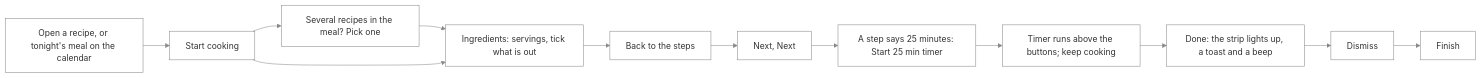
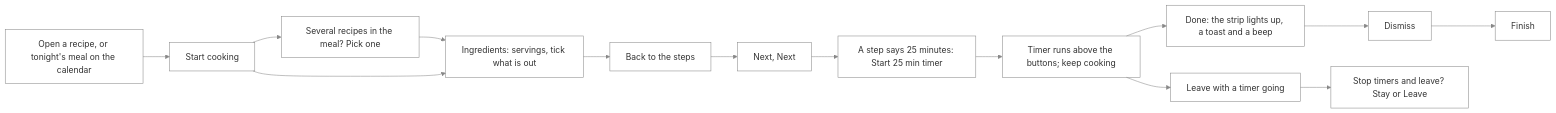
Diagram 40 of 44 in src/apps/pinch/UX.md (NovaMoonX/moondreams-dev-apps), drawn with Mermaid before and after one commit. The commit also changed other lines of this file and 4 other files, not shown here.

````diff
--- a/src/apps/pinch/UX.md
+++ b/src/apps/pinch/UX.md
@@ -1188,10 +1188,11 @@
 ```mermaid
 %%{init: {'theme': 'base', 'themeVariables': {'primaryColor': 'transparent', 'clusterBkg': 'transparent', 'primaryBorderColor': '#888888', 'clusterBorder': '#888888', 'lineColor': '#888888', 'primaryTextColor': '#333333'}}}%%
 flowchart LR
     A["Open a recipe, or tonight's meal on the calendar"] --> B[Start cooking]
     B --> C["Several recipes in the meal? Pick one"] --> D["Ingredients: servings, tick what is out"]
     B --> D
     D --> E["Back to the steps"] --> F["Next, Next"]
     F --> G["A step says 25 minutes: Start 25 min timer"] --> H["Timer runs above the buttons; keep cooking"]
     H --> I["Done: the strip lights up, a toast and a beep"] --> J[Dismiss] --> K[Finish]
+    H --> L["Leave with a timer going"] --> M["Stop timers and leave? Stay or Leave"]
 ```
````
